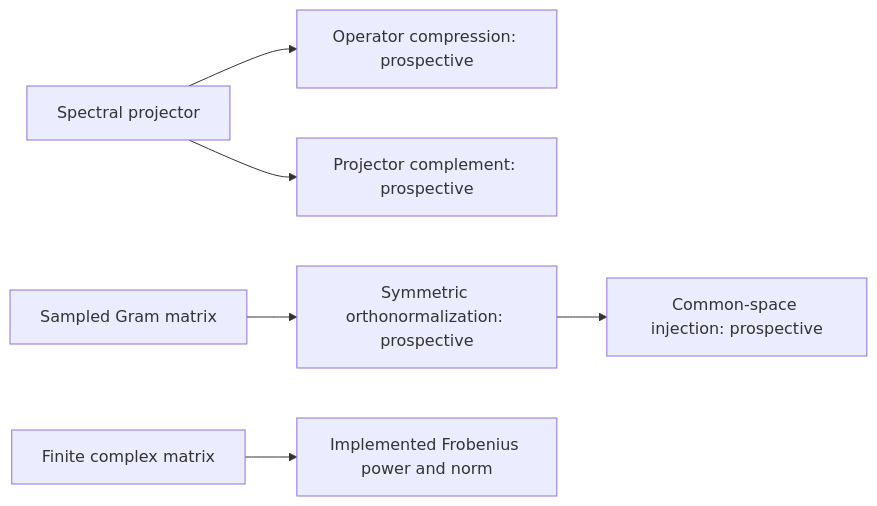
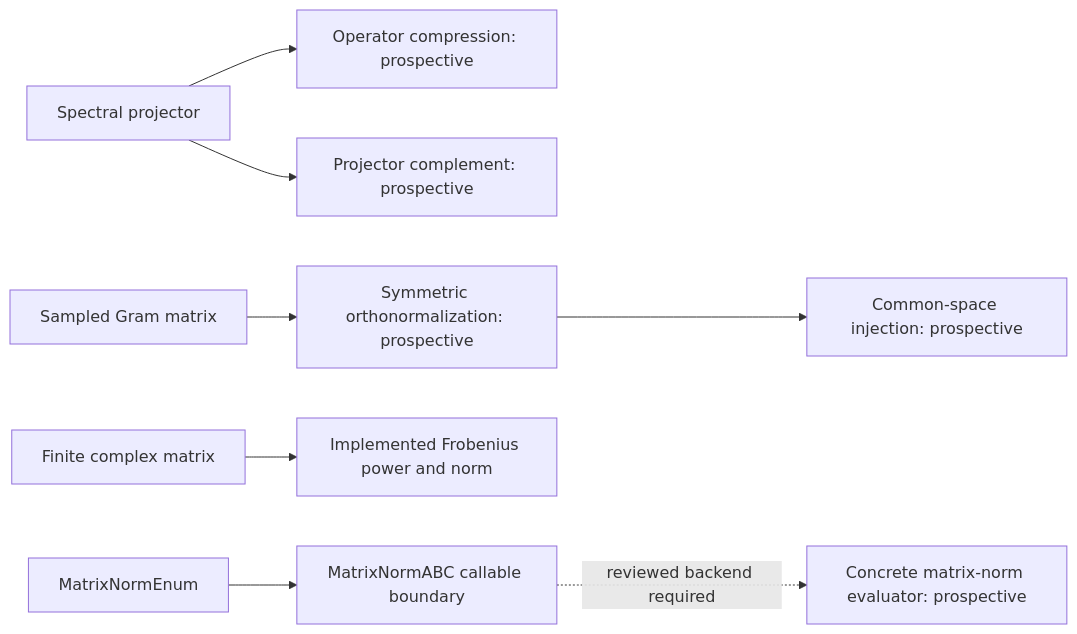
One commit to eragasa/projectkoios-optimization changed the fourth of 6 diagrams in docs/architecture/projectkoios/numerics/linalg/schematics.md. Above: the diagram before and after it, drawn with Mermaid. The commit also changed other lines of this file and 20 other files, not shown here.

Commit message:
Add matrix norm type foundation

````diff
--- a/docs/architecture/projectkoios/numerics/linalg/schematics.md
+++ b/docs/architecture/projectkoios/numerics/linalg/schematics.md
@@ -86,8 +88,10 @@
 ```mermaid
 flowchart LR
     P[Spectral projector] --> C[Operator compression: prospective]
     P --> K[Projector complement: prospective]
     G[Sampled Gram matrix] --> O[Symmetric orthonormalization: prospective]
     O --> J[Common-space injection: prospective]
     N[Finite complex matrix] --> M[Implemented Frobenius power and norm]
+    E[MatrixNormEnum] --> A[MatrixNormABC callable boundary]
+    A -. reviewed backend required .-> B[Concrete matrix-norm evaluator: prospective]
 ```
````
